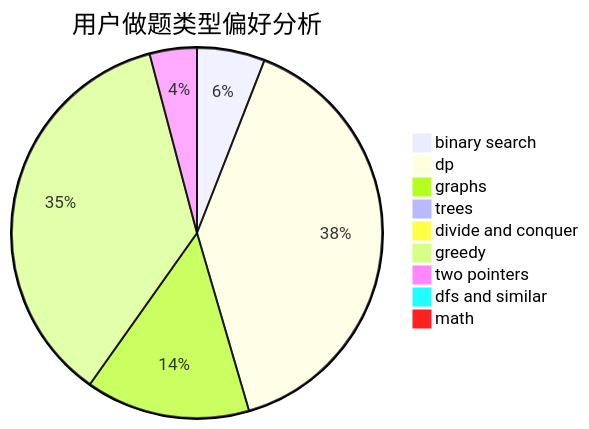
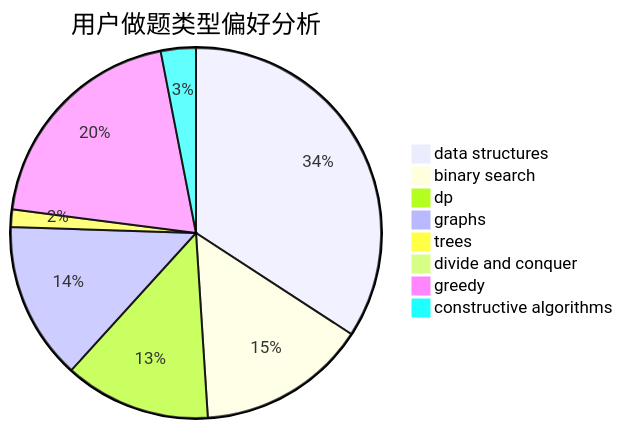
Before and after one commit to sherpahu/cfrs.github.io: the second of 3 diagrams in docs/user/u2626.md, drawn with Mermaid. The commit also changed other lines of this file and 2775 other files, not shown here.

````diff
--- a/docs/user/u2626.md
+++ b/docs/user/u2626.md
@@ -23,12 +23,11 @@
 ```mermaid
 pie title 用户做题类型偏好分析
-    "binary search" :  36
-    "dp" :  240
-    "graphs" :  87
+    "data structures" :  67
+    "binary search" :  29
+    "dp" :  25
+    "graphs" :  27
     "trees" :  3
-    "divide and conquer" :  6
-    "greedy" :  219
-    "two pointers" :  25
-    "dfs and similar" :  6
-    "math" :  6
+    "divide and conquer" :  0
+    "greedy" :  39
+    "constructive algorithms" :  6
 ```
````
